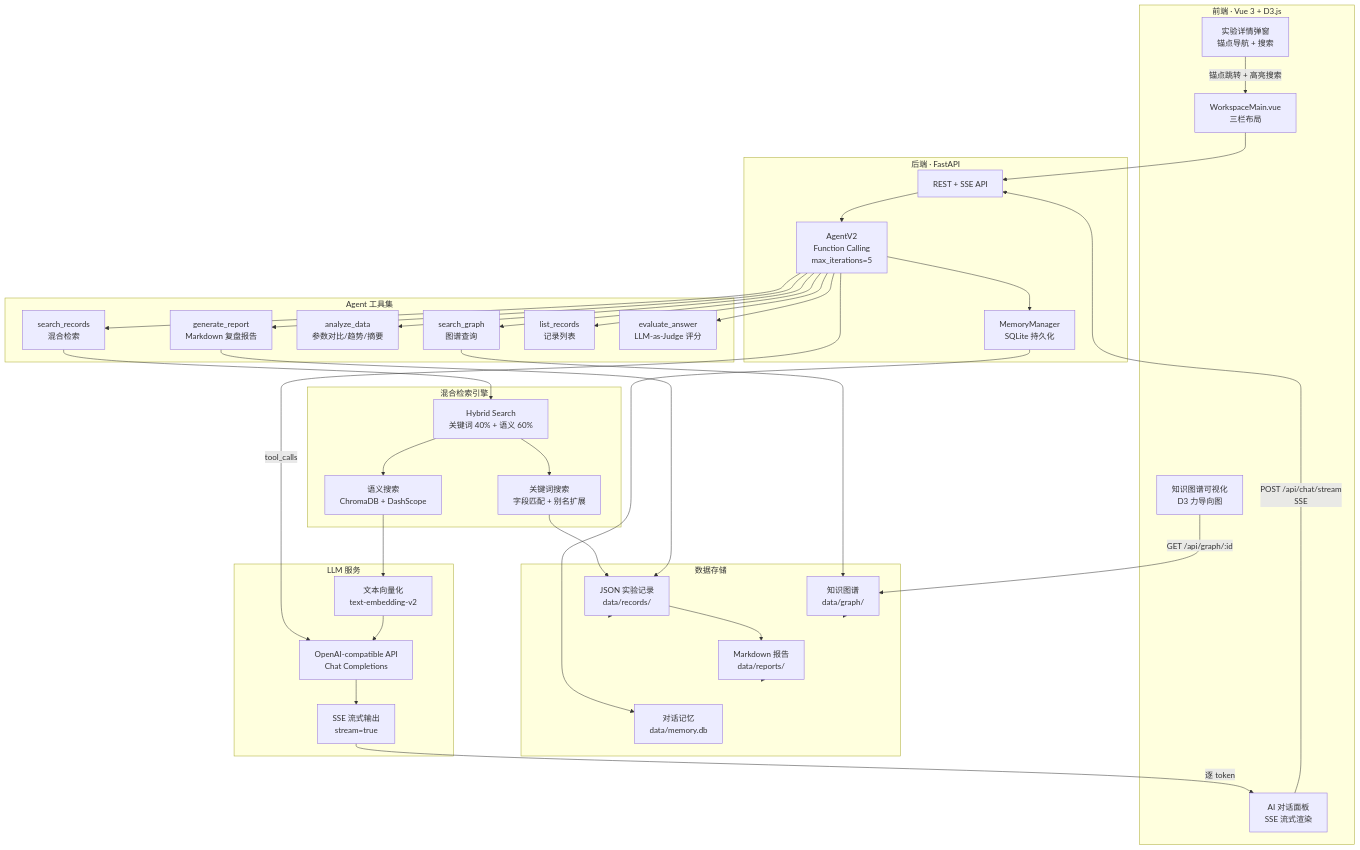
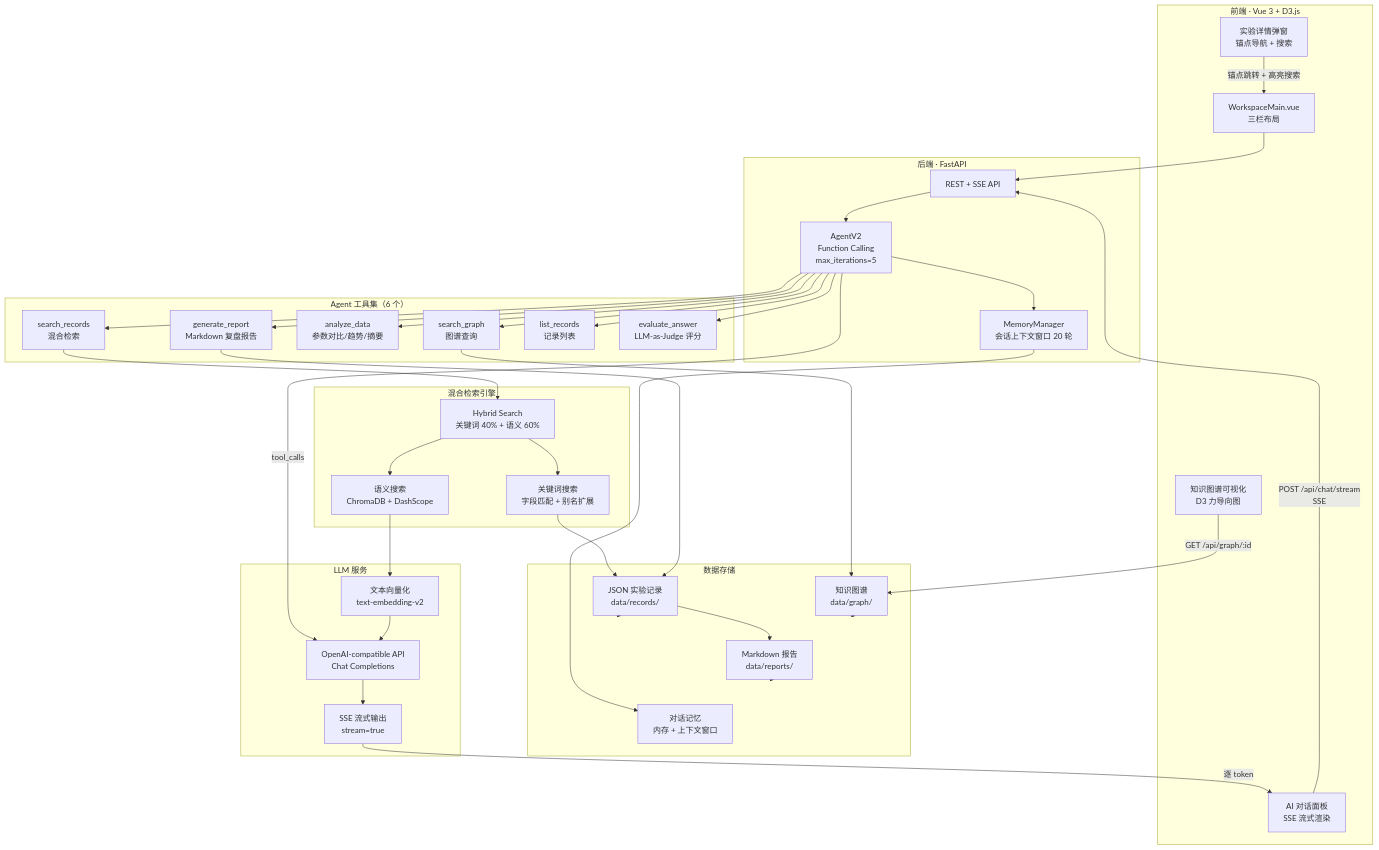
One commit to XuHaobot/experiment-agent changed the diagram in README.md. Above: the diagram before and after it, drawn with Mermaid. The commit also changed other lines of this file, not shown here.

First line of the commit message:
docs: 全面重写 README，展示 Function Calling / RAG / 向量检索 / 多轮记忆 / 知识图谱核心能力

````diff
--- a/README.md
+++ b/README.md
@@ -36,64 +108,64 @@
 ```mermaid
 graph TB
     subgraph Frontend["前端 · Vue 3 + D3.js"]
         UI["WorkspaceMain.vue<br/>三栏布局"]
         ChatPanel["AI 对话面板<br/>SSE 流式渲染"]
         GraphView["知识图谱可视化<br/>D3 力导向图"]
         DetailModal["实验详情弹窗<br/>锚点导航 + 搜索"]
     end
 
     subgraph Backend["后端 · FastAPI"]
         API["REST + SSE API"]
         AgentV2["AgentV2<br/>Function Calling<br/>max_iterations=5"]
-        Memory["MemoryManager<br/>SQLite 持久化"]
+        Memory["MemoryManager<br/>会话上下文窗口 20 轮"]
     end
 
-    subgraph Tools["Agent 工具集"]
+    subgraph Tools["Agent 工具集（6 个）"]
         T1["search_records<br/>混合检索"]
         T2["search_graph<br/>图谱查询"]
         T3["analyze_data<br/>参数对比/趋势/摘要"]
         T4["generate_report<br/>Markdown 复盘报告"]
         T5["list_records<br/>记录列表"]
         T6["evaluate_answer<br/>LLM-as-Judge 评分"]
     end
 
     subgraph Storage["数据存储"]
         Records["JSON 实验记录<br/>data/records/"]
         Reports["Markdown 报告<br/>data/reports/"]
         Graph["知识图谱<br/>data/graph/"]
-        SQLite["对话记忆<br/>data/memory.db"]
+        MemDB["对话记忆<br/>内存 + 上下文窗口"]
     end
 
     subgraph Search["混合检索引擎"]
         KW["关键词搜索<br/>字段匹配 + 别名扩展"]
         SEM["语义搜索<br/>ChromaDB + DashScope"]
         HYB["Hybrid Search<br/>关键词 40% + 语义 60%"]
     end
 
     subgraph LLM["LLM 服务"]
         LLM_API["OpenAI-compatible API<br/>Chat Completions"]
         Stream["SSE 流式输出<br/>stream=true"]
         Embed["文本向量化<br/>text-embedding-v2"]
     end
 
     UI --> API
     ChatPanel -->|"POST /api/chat/stream<br/>SSE"| API
     API --> AgentV2
     AgentV2 --> T1 & T2 & T3 & T4 & T5 & T6
     AgentV2 -->|"tool_calls"| LLM_API
     AgentV2 --> Memory
 
     T1 --> HYB
     HYB --> KW & SEM
     KW --> Records
     SEM --> Embed --> LLM_API
     T2 --> Graph
     T4 --> Records --> Reports
 
     Records & Reports & Graph --> Storage
-    Memory --> SQLite
+    Memory --> MemDB
     LLM_API --> Stream -->|"逐 token"| ChatPanel
 
     GraphView -->|"GET /api/graph/:id"| Graph
     DetailModal -->|"锚点跳转 + 高亮搜索"| UI
 ```
````
